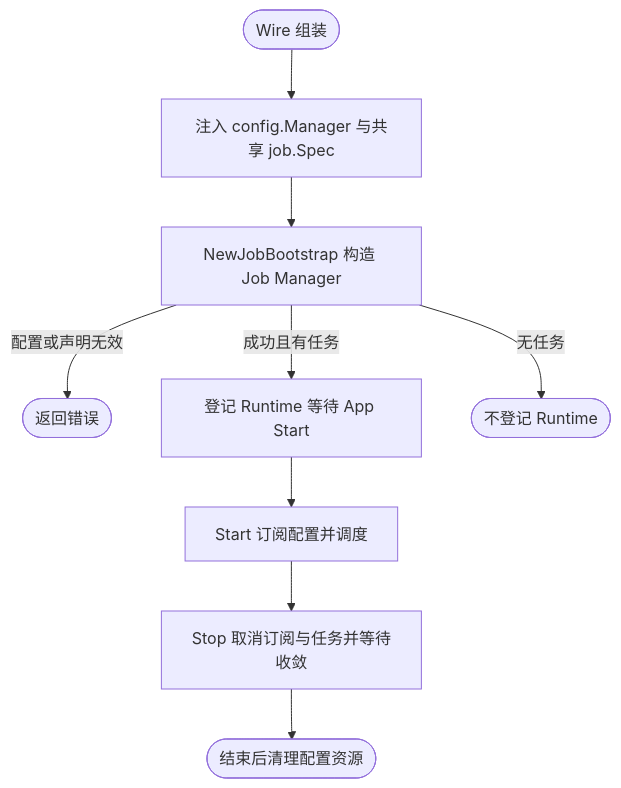
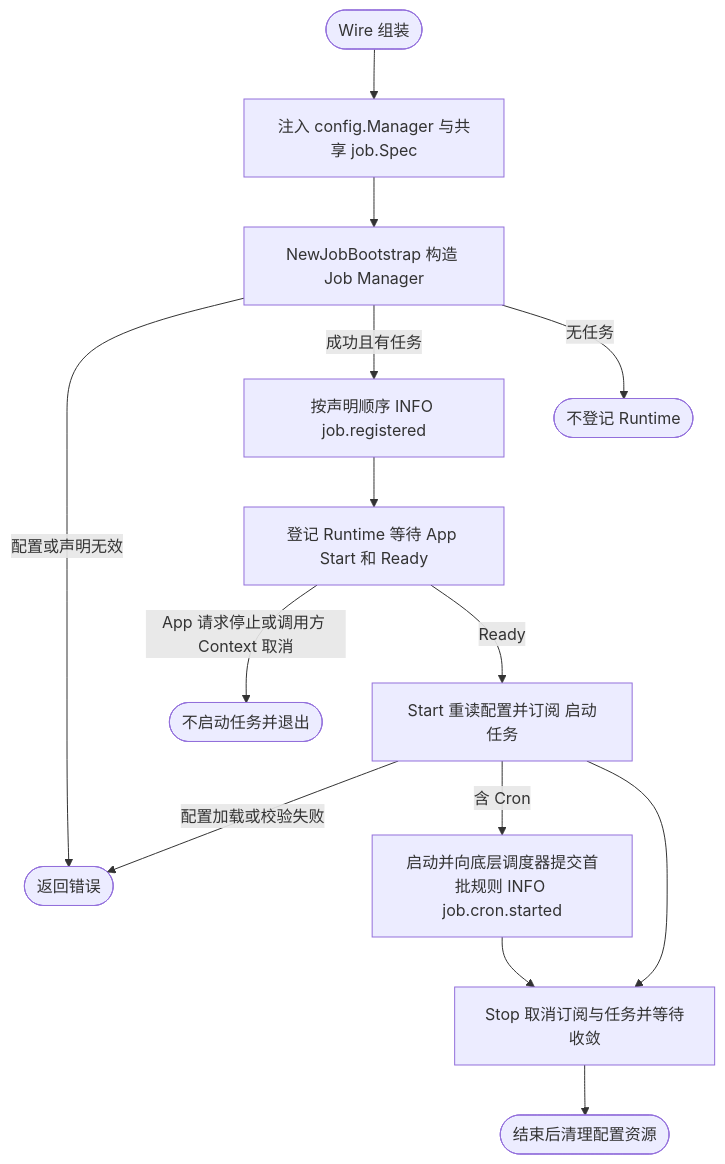
One commit to jaggerzhuang1994/kratos-foundation changed the fourth of 6 diagrams in pkg/bootstrap/README.md. Above: the diagram before and after it, drawn with Mermaid. The commit also changed other lines of this file and 12 other files, not shown here.

````diff
--- a/pkg/bootstrap/README.md
+++ b/pkg/bootstrap/README.md
@@ -198,11 +206,16 @@
 ```mermaid
 flowchart TD
  A([Wire 组装]) --> B[注入 config.Manager 与共享 job.Spec]
  B --> C[NewJobBootstrap 构造 Job Manager]
  C -- 配置或声明无效 --> X([返回错误])
- C -- 成功且有任务 --> D[登记 Runtime 等待 App Start]
+ C -- 成功且有任务 --> C1[按声明顺序 INFO job.registered]
+ C1 --> D[登记 Runtime 等待 App Start 和 Ready]
  C -- 无任务 --> E([不登记 Runtime])
- D --> F[Start 订阅配置并调度]
+ D -- App 请求停止或调用方 Context 取消 --> Y([不启动任务并退出])
+ D -- Ready --> F[Start 重读配置并订阅 启动任务]
+ F -- 配置加载或校验失败 --> X
+ F -- 含 Cron --> F1[启动并向底层调度器提交首批规则 INFO job.cron.started]
+ F1 --> G
  F --> G[Stop 取消订阅与任务并等待收敛]
  G --> H([结束后清理配置资源])
 ```
````
